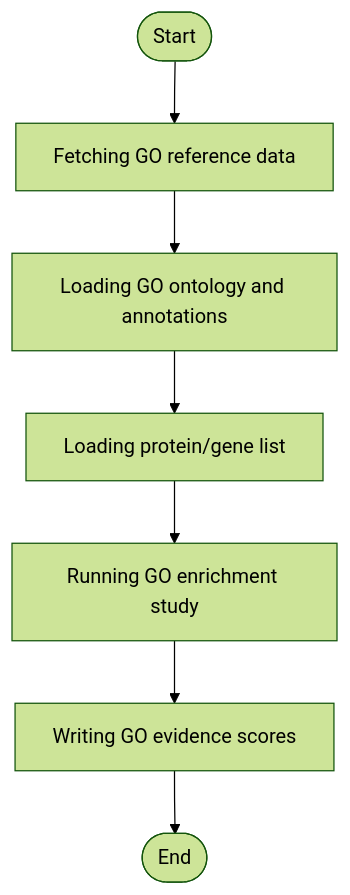
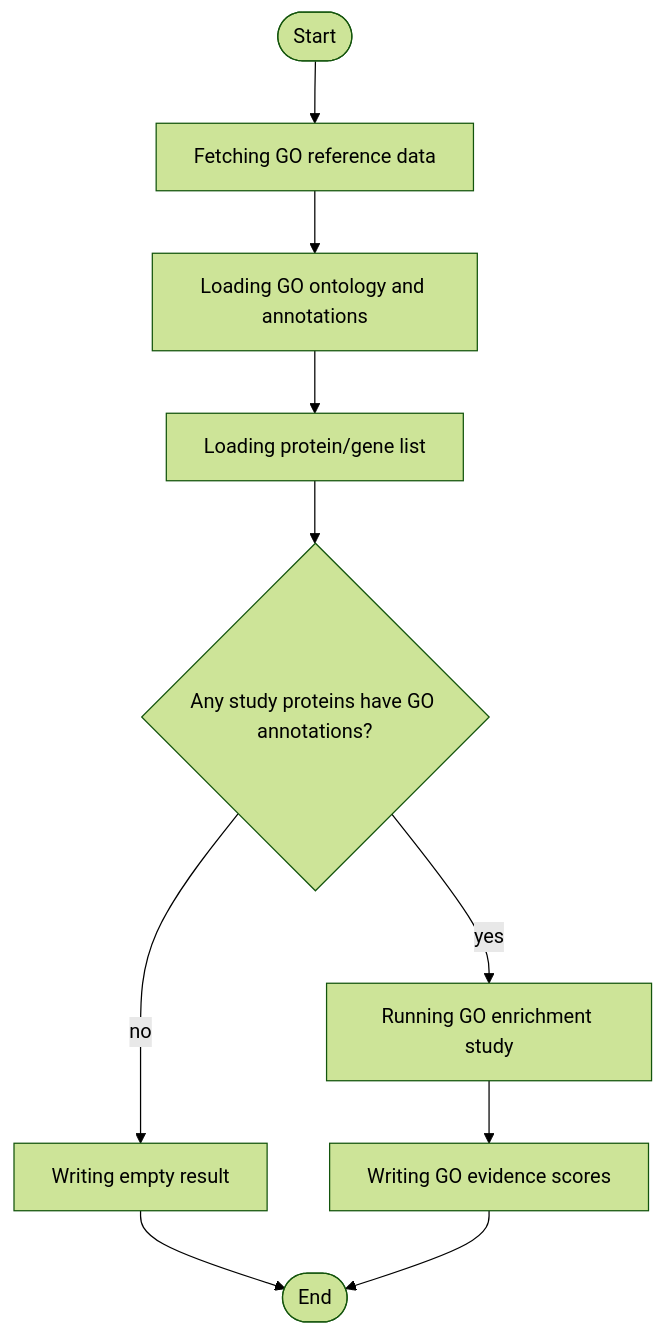
The diagram in README.md (noatgnu/lysoip-go-evidence-plugin), drawn with Mermaid (forest theme) before and after one commit. The commit also changed 2 other files, not shown here.

````diff
--- a/README.md
+++ b/README.md
@@ -29,14 +29,19 @@
 ```mermaid
 flowchart TD
     Start([Start]) --> step1
     step1["Fetching GO reference data"]
     step1 --> step2
     step2["Loading GO ontology and annotations"]
-    step2 --> step3
-    step3["Loading protein/gene list"]
-    step3 --> step4
+    step2 --> load_genes
+    load_genes["Loading protein/gene list"]
+    load_genes --> has_annotations
+    has_annotations{"Any study proteins have GO annotations?"}
+    has_annotations -->|"no"| step3
+    has_annotations -->|"yes"| step4
+    step3["Writing empty result"]
+    step3 --> End([End])
     step4["Running GO enrichment study"]
     step4 --> step5
     step5["Writing GO evidence scores"]
     step5 --> End([End])
 ```
````
